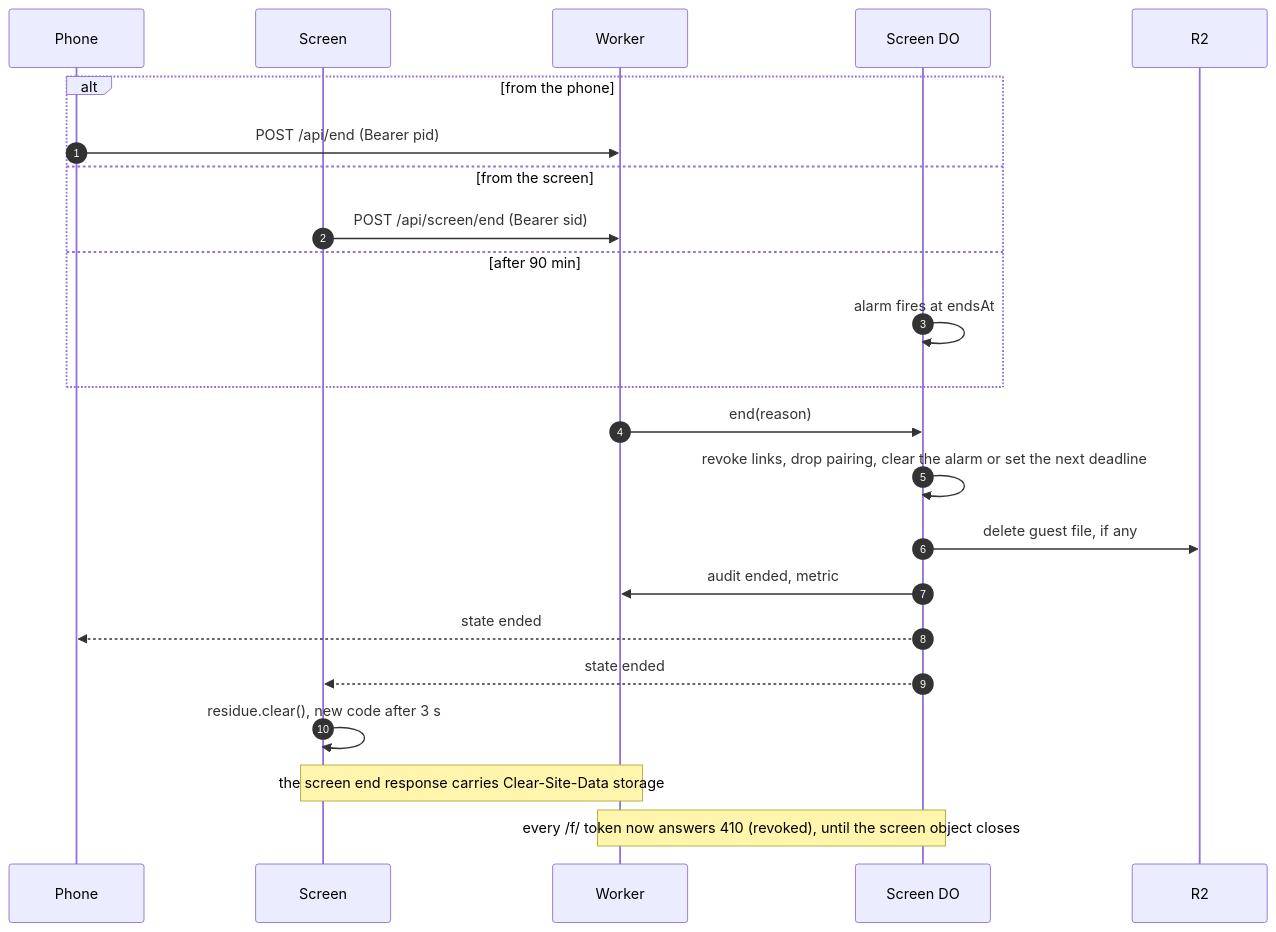
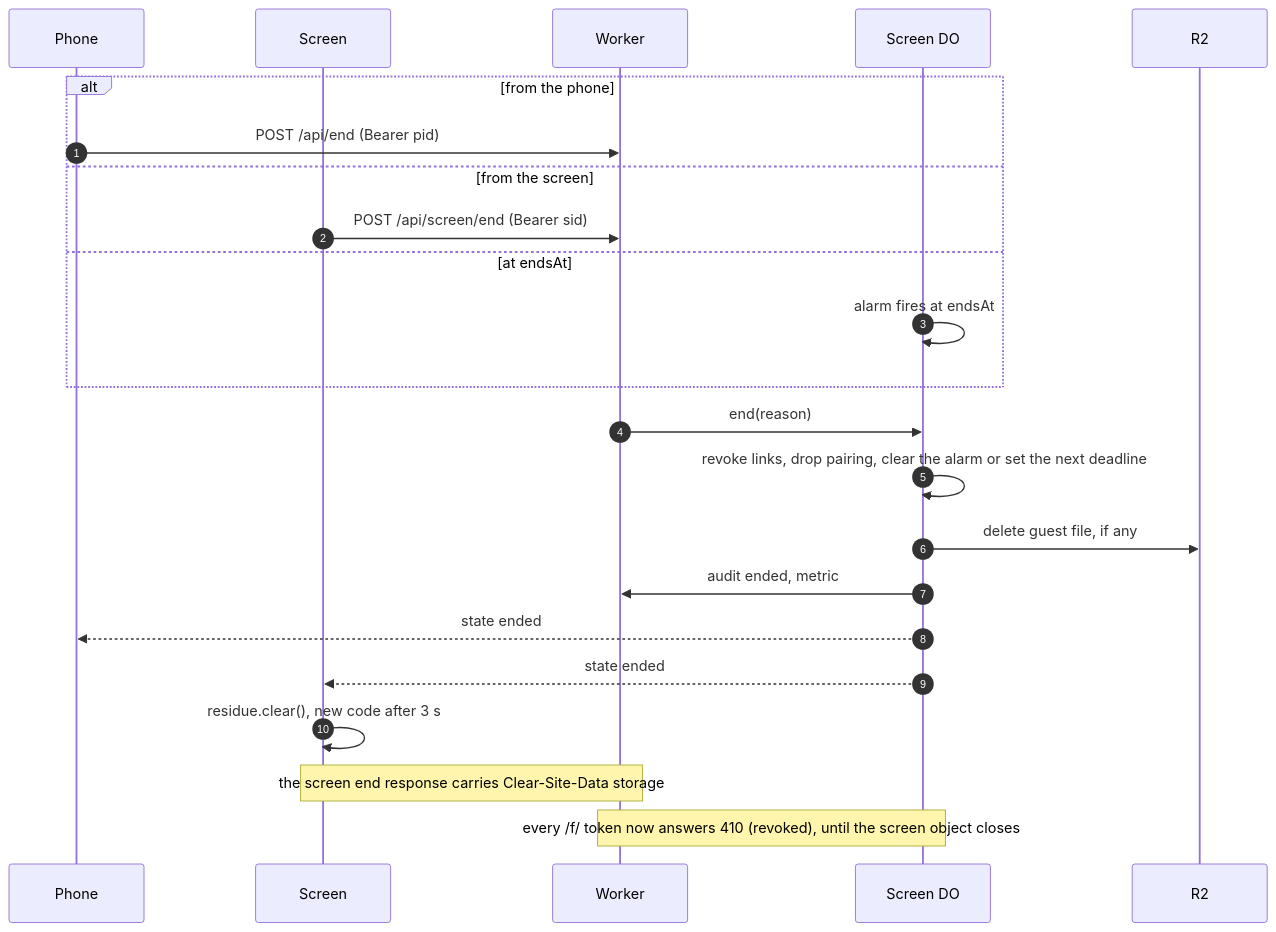
Before and after one commit to CyberSandwich/bloop: the fifth of 5 diagrams in docs/architecture.md, drawn with Mermaid. The commit also changed other lines of this file and 14 other files, not shown here.

````diff
--- a/docs/architecture.md
+++ b/docs/architecture.md
@@ -159,25 +159,25 @@
 ```mermaid
 sequenceDiagram
   autonumber
   participant P as Phone
   participant S as Screen
   participant W as Worker
   participant R as Screen DO
   participant B as R2
   alt from the phone
     P->>W: POST /api/end (Bearer pid)
   else from the screen
     S->>W: POST /api/screen/end (Bearer sid)
-  else after 90 min
+  else at endsAt
     R->>R: alarm fires at endsAt
   end
   W->>R: end(reason)
   R->>R: revoke links, drop pairing, clear the alarm or set the next deadline
   R->>B: delete guest file, if any
   R->>W: audit ended, metric
   R-->>P: state ended
   R-->>S: state ended
   S->>S: residue.clear(), new code after 3 s
   Note over W,S: the screen end response carries Clear-Site-Data storage
   Note over W,R: every /f/ token now answers 410 (revoked), until the screen object closes
 ```
````
